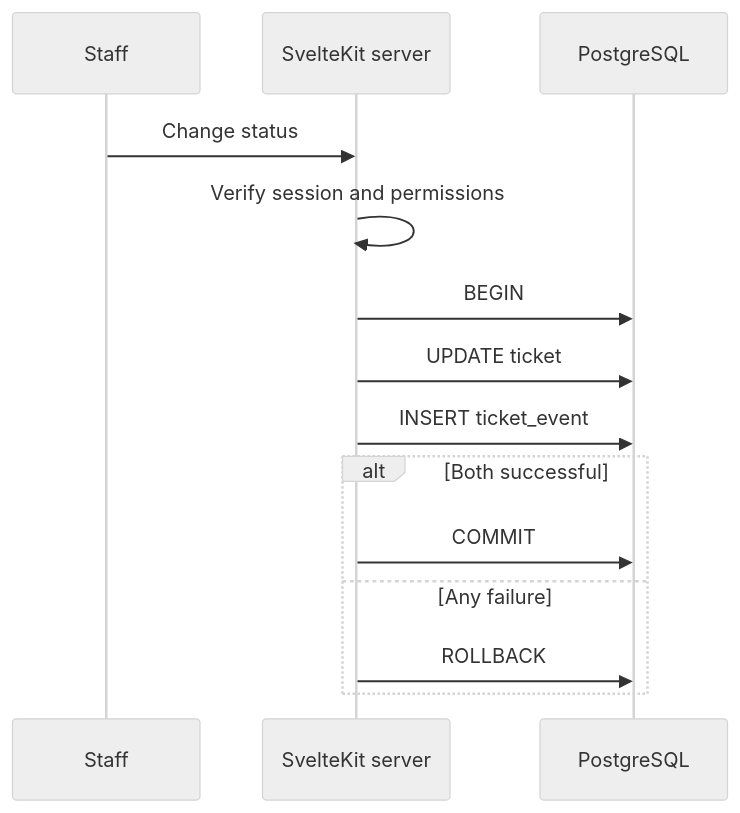
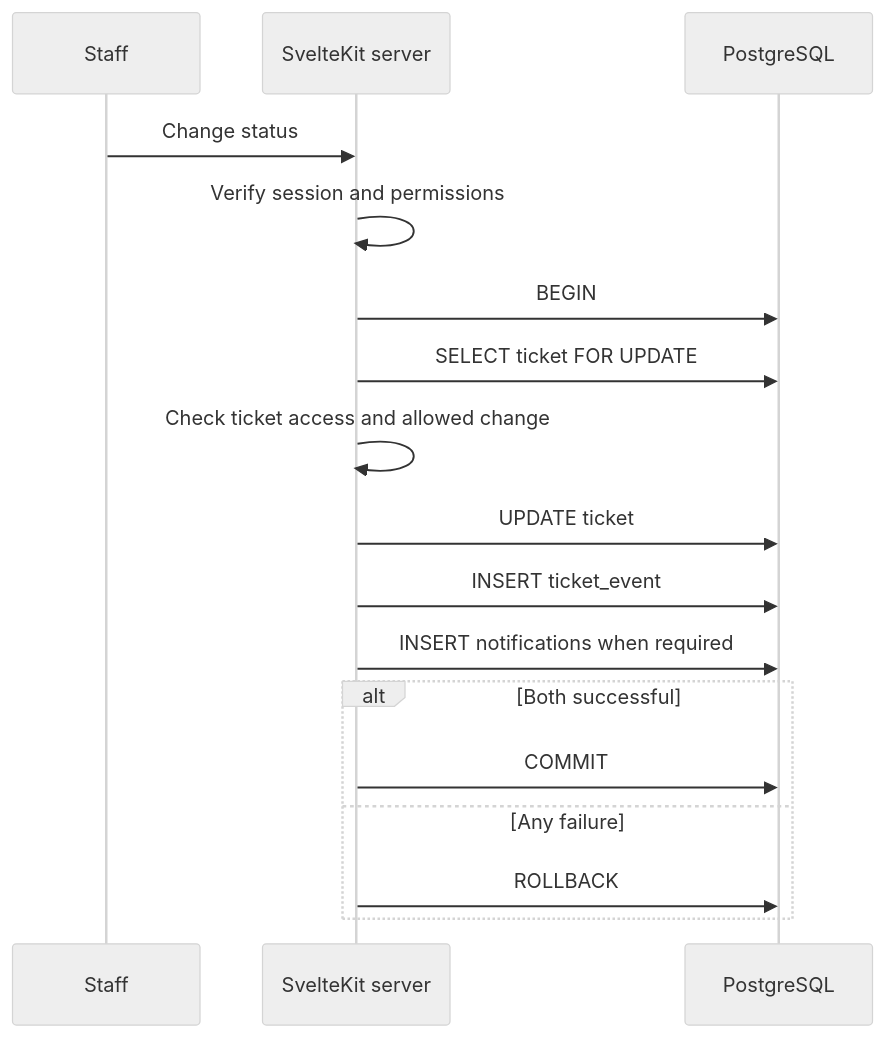
The diagram in docs/diagrams/status-update-transaction.mmd (Mystery2099/capstone-ticket-system), drawn with Mermaid (neutral theme) before and after one commit. The commit also changed 93 other files, not shown here.

```diff
--- a/docs/diagrams/status-update-transaction.mmd
+++ b/docs/diagrams/status-update-transaction.mmd
@@ -1,14 +1,17 @@
 sequenceDiagram
  participant Staff
  participant Server as SvelteKit server
  participant DB as PostgreSQL
  Staff->>Server: Change status
  Server->>Server: Verify session and permissions
  Server->>DB: BEGIN
+ Server->>DB: SELECT ticket FOR UPDATE
+ Server->>Server: Check ticket access and allowed change
  Server->>DB: UPDATE ticket
  Server->>DB: INSERT ticket_event
+ Server->>DB: INSERT notifications when required
  alt Both successful
   Server->>DB: COMMIT
  else Any failure
   Server->>DB: ROLLBACK
  end
```
